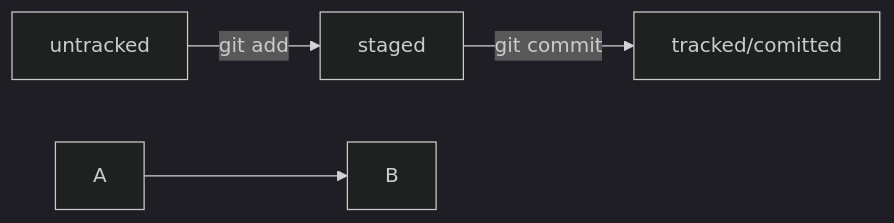
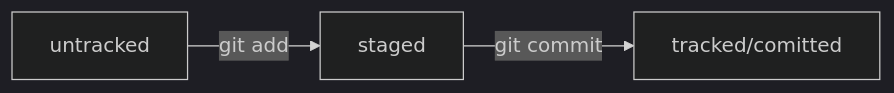
Before and after one commit to u-orda/assistant-project: the diagram in README.md, drawn with Mermaid (dark theme).

Commit message:
edit file README.md

````diff
--- a/README.md
+++ b/README.md
@@ -35,8 +35,8 @@
 ```mermaid
 graph LR;
   untracked -- "git add" --> staged;
   staged    -- "git commit" --> tracked/comitted;
 
-%% стрелка без текста для примера: 
-  A --> B;
+%% комент 
+
 ```
````
